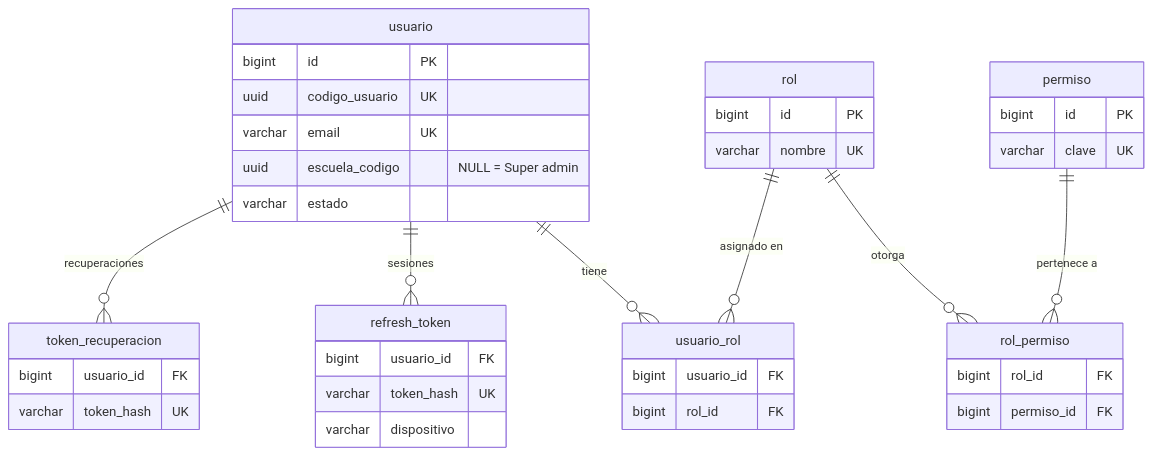
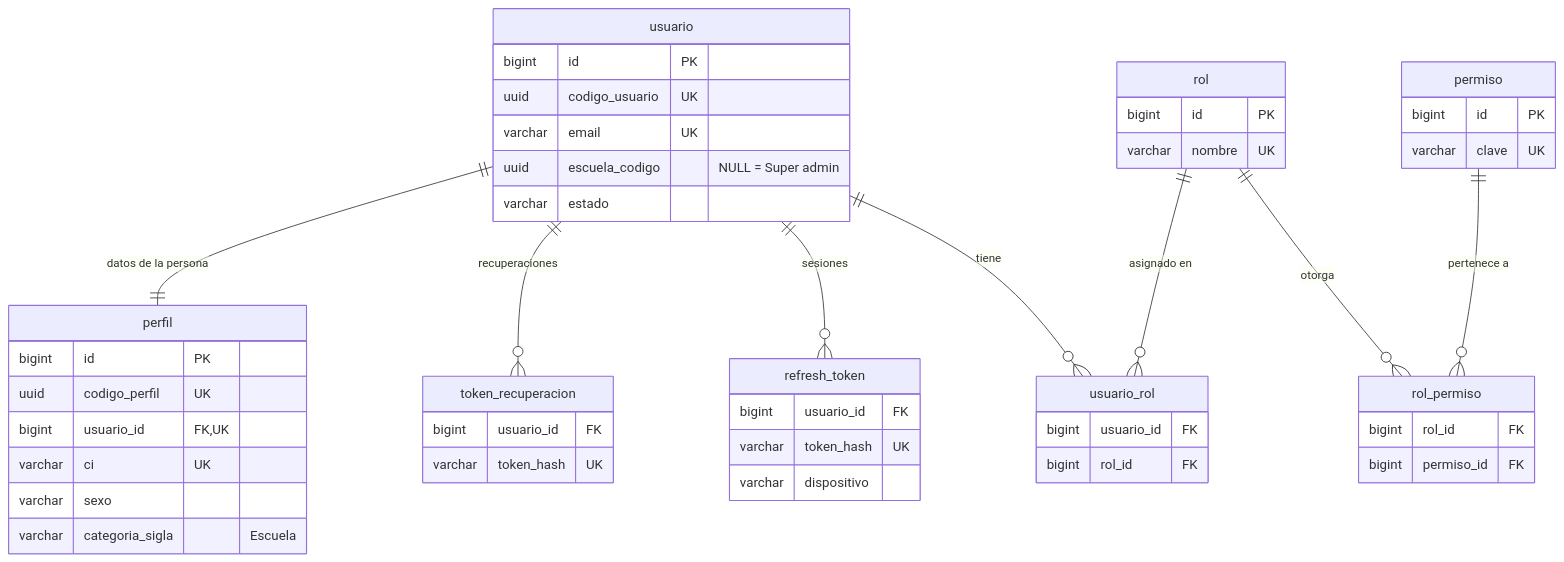
The second of 5 diagrams in docs/DriveHub/DISENO_BASE_DE_DATOS.md (Mau8877/DriveHub), drawn with Mermaid before and after one commit. The commit also changed other lines of this file and 5 other files, not shown here.

````diff
--- a/docs/DriveHub/DISENO_BASE_DE_DATOS.md
+++ b/docs/DriveHub/DISENO_BASE_DE_DATOS.md
@@ -88,42 +88,51 @@
 ```mermaid
 erDiagram
     usuario ||--o{ usuario_rol : "tiene"
     rol ||--o{ usuario_rol : "asignado en"
     rol ||--o{ rol_permiso : "otorga"
     permiso ||--o{ rol_permiso : "pertenece a"
     usuario ||--o{ refresh_token : "sesiones"
     usuario ||--o{ token_recuperacion : "recuperaciones"
+    usuario ||--|| perfil : "datos de la persona"
 
     usuario {
         bigint id PK
         uuid codigo_usuario UK
         varchar email UK
         uuid escuela_codigo "NULL = Super admin"
         varchar estado
+    }
+    perfil {
+        bigint id PK
+        uuid codigo_perfil UK
+        bigint usuario_id FK, UK
+        varchar ci UK
+        varchar sexo
+        varchar categoria_sigla "Escuela"
     }
     rol {
         bigint id PK
         varchar nombre UK
     }
     permiso {
         bigint id PK
         varchar clave UK
     }
     usuario_rol {
         bigint usuario_id FK
         bigint rol_id FK
     }
     rol_permiso {
         bigint rol_id FK
         bigint permiso_id FK
     }
     refresh_token {
         bigint usuario_id FK
         varchar token_hash UK
         varchar dispositivo
     }
     token_recuperacion {
         bigint usuario_id FK
         varchar token_hash UK
     }
 ```
````
